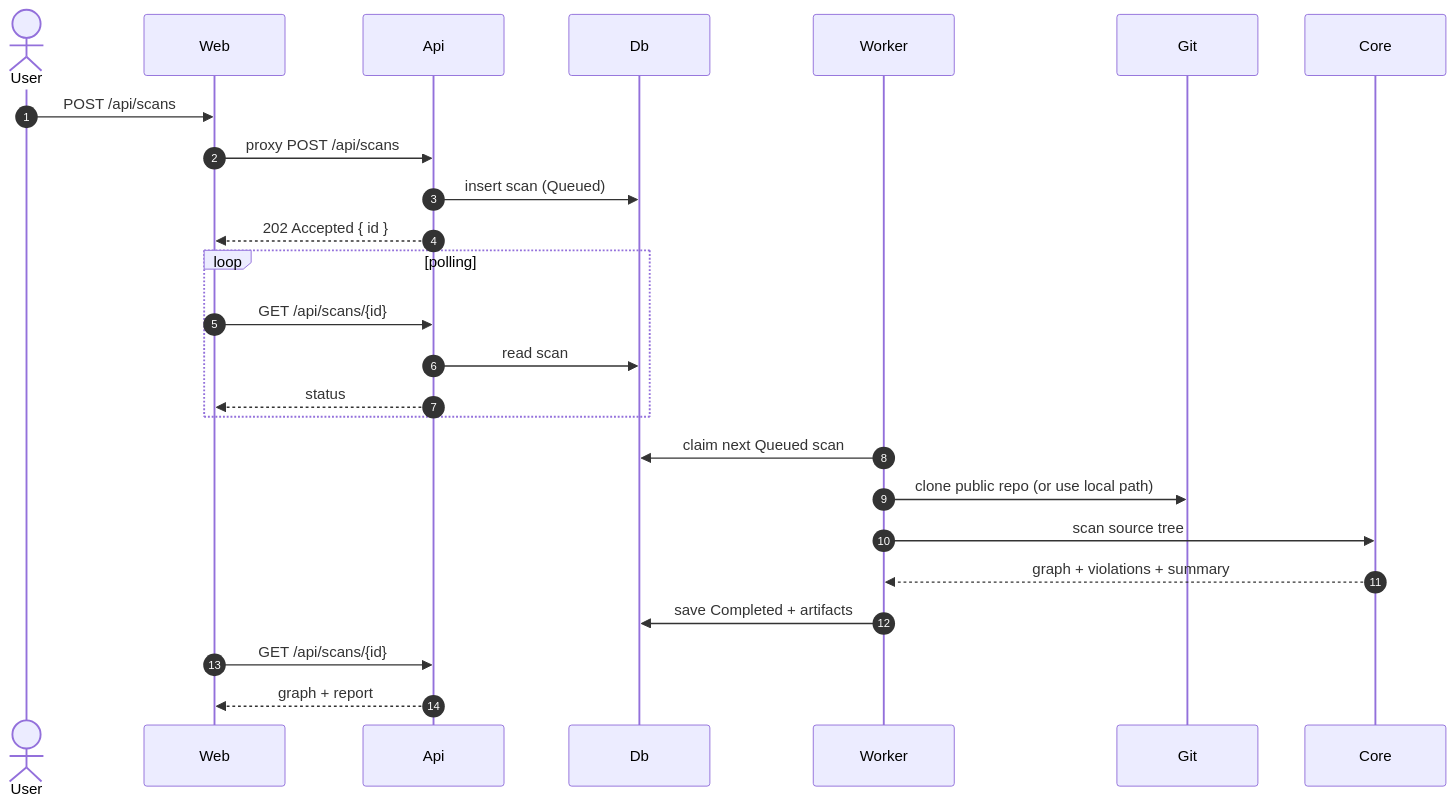
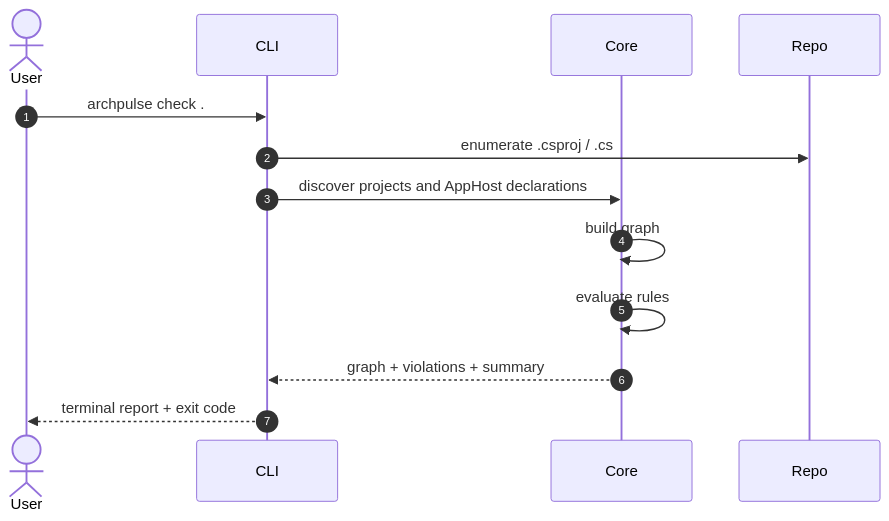
Before and after one commit to vinycalves/archpulse: the second of 2 diagrams in docs/architecture.md, drawn with Mermaid. The commit also changed other lines of this file and 85 other files, not shown here.

Commit message:
feat!: pivot to terminal-first architecture governance (#16)

````diff
--- a/docs/architecture.md
+++ b/docs/architecture.md
@@ -72,28 +53,15 @@
 ```mermaid
 sequenceDiagram
   autonumber
   actor User
-  participant Web
-  participant Api
-  participant Db
-  participant Worker
-  participant Git
+  participant CLI
   participant Core
-
-  User->>Web: POST /api/scans
-  Web->>Api: proxy POST /api/scans
-  Api->>Db: insert scan (Queued)
-  Api-->>Web: 202 Accepted { id }
-  loop polling
-    Web->>Api: GET /api/scans/{id}
-    Api->>Db: read scan
-    Api-->>Web: status
-  end
-  Worker->>Db: claim next Queued scan
-  Worker->>Git: clone public repo (or use local path)
-  Worker->>Core: scan source tree
-  Core-->>Worker: graph + violations + summary
-  Worker->>Db: save Completed + artifacts
-  Web->>Api: GET /api/scans/{id}
-  Api-->>Web: graph + report
+  participant Repo
+  User->>CLI: archpulse check .
+  CLI->>Repo: enumerate .csproj / .cs
+  CLI->>Core: discover projects and AppHost declarations
+  Core->>Core: build graph
+  Core->>Core: evaluate rules
+  Core-->>CLI: graph + violations + summary
+  CLI-->>User: terminal report + exit code
 ```
````
